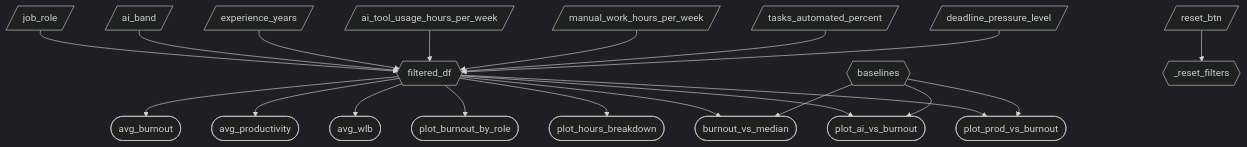
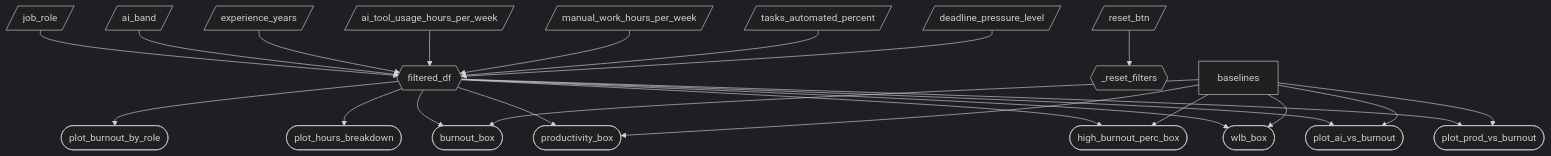
The diagram in reports/m2_spec.md (UBC-MDS/DSCI-532_2026_9_burnout-checkup), drawn with Mermaid (dark theme) before and after one commit. The commit also changed other lines of this file, not shown here.

Commit message:
modified spec to reflect styling changes

````diff
--- a/reports/m2_spec.md
+++ b/reports/m2_spec.md
@@ -37,67 +37,72 @@
 ```mermaid
 flowchart TD
 
   %% -------------------
   %% Inputs
   %% -------------------
   job_role[/job_role/]
   ai_band[/ai_band/]
   experience_years[/experience_years/]
   ai_tool_usage_hours_per_week[/ai_tool_usage_hours_per_week/]
   manual_work_hours_per_week[/manual_work_hours_per_week/]
   tasks_automated_percent[/tasks_automated_percent/]
   deadline_pressure_level[/deadline_pressure_level/]
   reset_btn[/reset_btn/]
 
   %% -------------------
   %% Reactives
   %% -------------------
   filtered_df{{filtered_df}}
-  baselines{{baselines}}
   reset_effect{{_reset_filters}}
 
   %% Input -> filtered_df
   job_role --> filtered_df
   ai_band --> filtered_df
   experience_years --> filtered_df
   ai_tool_usage_hours_per_week --> filtered_df
   manual_work_hours_per_week --> filtered_df
   tasks_automated_percent --> filtered_df
   deadline_pressure_level --> filtered_df
 
   %% Reset button
   reset_btn --> reset_effect
 
   %% -------------------
-  %% Outputs (text)
+  %% Outputs (ui)
   %% -------------------
-  avg_burnout([avg_burnout])
-  avg_productivity([avg_productivity])
-  burnout_vs_median([burnout_vs_median])
-  avg_wlb([avg_wlb])
+  burnout_box([burnout_box])
+  productivity_box([productivity_box])
+  high_burnout_perc_box([high_burnout_perc_box])
+  wlb_box([wlb_box])
 
   %% -------------------
   %% Outputs (plots)
   %% -------------------
   plot_ai_vs_burnout([plot_ai_vs_burnout])
   plot_burnout_by_role([plot_burnout_by_role])
   plot_hours_breakdown([plot_hours_breakdown])
   plot_prod_vs_burnout([plot_prod_vs_burnout])
 
   %% filtered_df dependencies
-  filtered_df --> avg_burnout
-  filtered_df --> avg_productivity
-  filtered_df --> avg_wlb
   filtered_df --> plot_burnout_by_role
   filtered_df --> plot_hours_breakdown
 
   %% filtered_df + baselines dependencies
-  filtered_df --> burnout_vs_median
-  baselines --> burnout_vs_median
+  filtered_df --> burnout_box
+  baselines --> burnout_box
+
+  filtered_df --> productivity_box
+  baselines --> productivity_box
+
+  filtered_df --> high_burnout_perc_box
+  baselines --> high_burnout_perc_box
+
+  filtered_df --> wlb_box
+  baselines --> wlb_box
 
   filtered_df --> plot_ai_vs_burnout
   baselines --> plot_ai_vs_burnout
 
   filtered_df --> plot_prod_vs_burnout
   baselines --> plot_prod_vs_burnout
 ```
````
